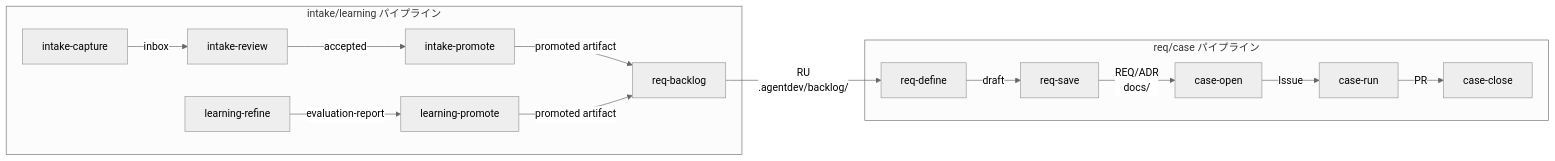
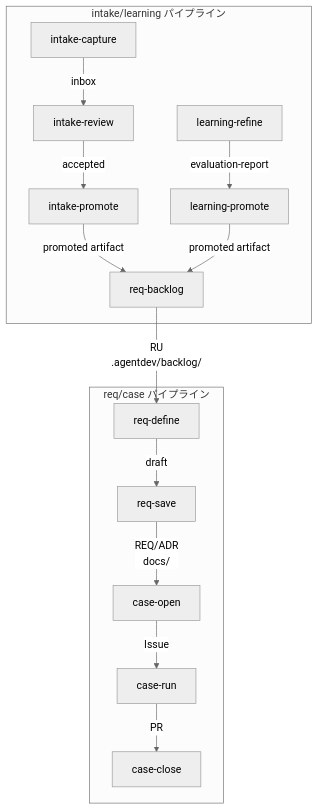
Before and after one commit to yogata/agent-dev-flow: the second of 2 diagrams in docs/guides/artifact-model.md, drawn with Mermaid (neutral theme). The commit also changed 1 other file, not shown here.

Commit message:
docs(guides): change Mermaid diagram direction LR to TD

````diff
--- a/docs/guides/artifact-model.md
+++ b/docs/guides/artifact-model.md
@@ -85,17 +85,17 @@
 ```mermaid
-graph LR
+graph TD
     subgraph intake/learning パイプライン
         IC["intake-capture"] -->|inbox| IR["intake-review"]
         IR -->|accepted| IP["intake-promote"]
         IP -->|promoted artifact| RB["req-backlog"]
         LR2["learning-refine"] -->|evaluation-report| LP["learning-promote"]
         LP -->|promoted artifact| RB
     end
     subgraph req/case パイプライン
         RB -->|"RU<br/>.agentdev/backlog/"| RD["req-define"]
         RD -->|draft| RS["req-save"]
         RS -->|"REQ/ADR<br/>docs/"| CO["case-open"]
         CO -->|Issue| CR["case-run"]
         CR -->|PR| CC["case-close"]
     end
 ```
````
